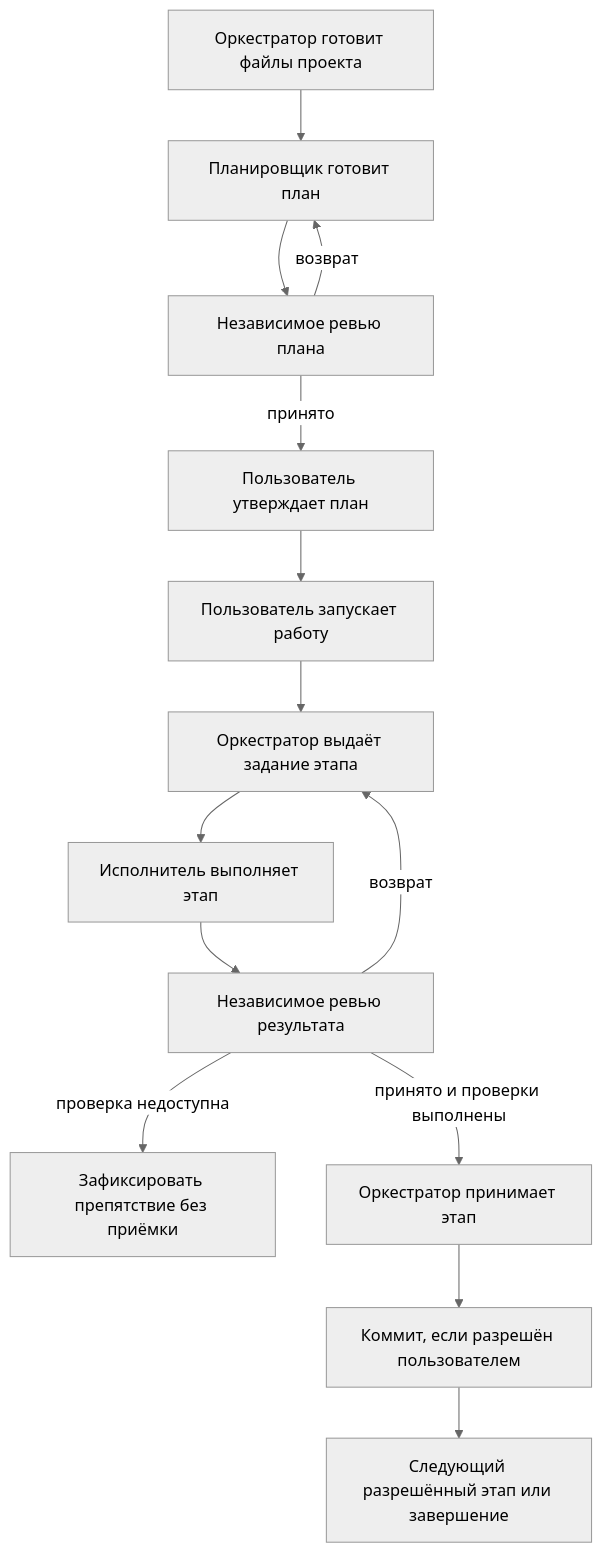
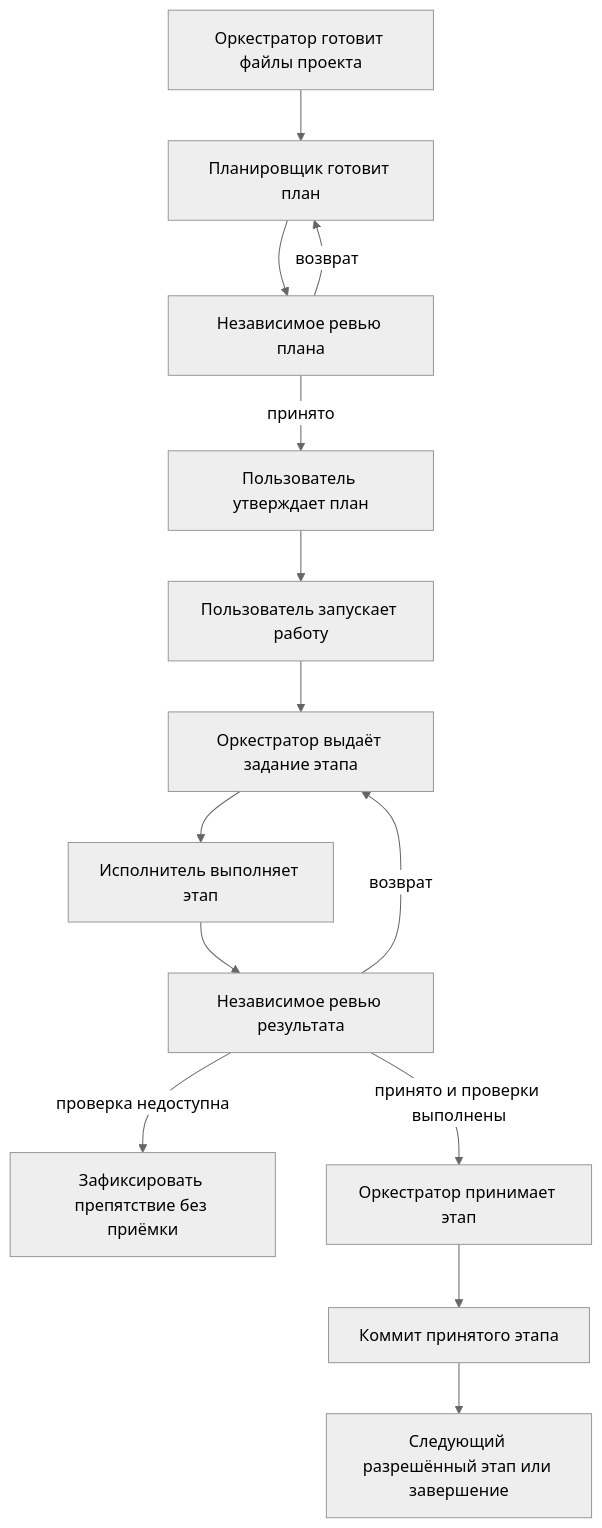
Before and after one commit to asaf1n/AI-Orchestrated-Workflow: the diagram in README.md, drawn with Mermaid (neutral theme). The commit also changed other lines of this file and 16 other files, not shown here.

````diff
--- a/README.md
+++ b/README.md
@@ -57,16 +57,16 @@
 ```mermaid
 flowchart TD
     prepare[Оркестратор готовит файлы проекта] --> plan[Планировщик готовит план]
     plan --> planReview[Независимое ревью плана]
     planReview -->|возврат| plan
     planReview -->|принято| approve[Пользователь утверждает план]
     approve --> start[Пользователь запускает работу]
     start --> spec[Оркестратор выдаёт задание этапа]
     spec --> implement[Исполнитель выполняет этап]
     implement --> review[Независимое ревью результата]
     review -->|возврат| spec
     review -->|проверка недоступна| blocked[Зафиксировать препятствие без приёмки]
     review -->|принято и проверки выполнены| accept[Оркестратор принимает этап]
-    accept --> commit[Коммит, если разрешён пользователем]
+    accept --> commit[Коммит принятого этапа]
     commit --> next[Следующий разрешённый этап или завершение]
 ```
````
